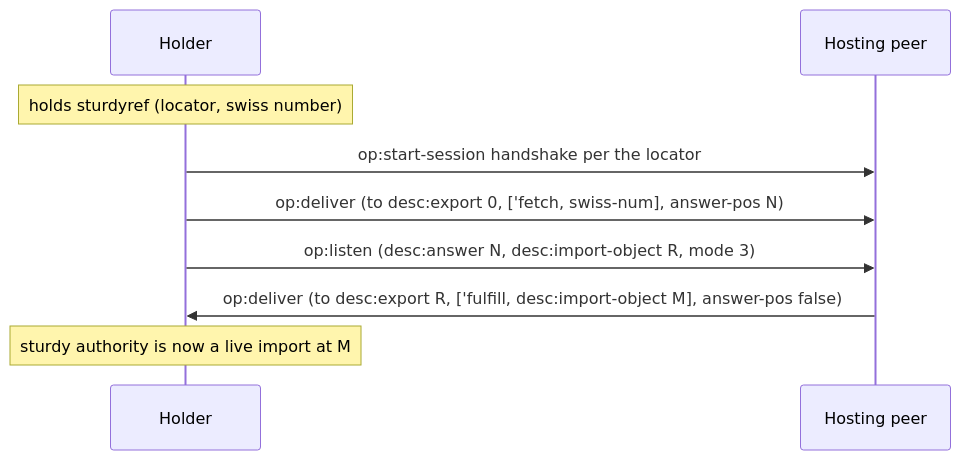
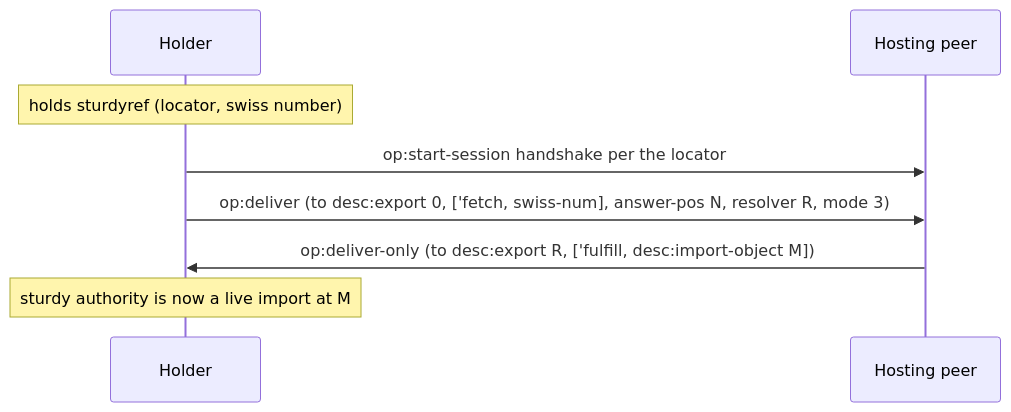
The second of 3 diagrams in docs/protocol-diagrams/07-sturdyrefs-and-locators.md (glowcap-org/glowcap), drawn with Mermaid before and after one commit. The commit also changed other lines of this file and 1023 other files, not shown here.

````diff
--- a/docs/protocol-diagrams/07-sturdyrefs-and-locators.md
+++ b/docs/protocol-diagrams/07-sturdyrefs-and-locators.md
@@ -42,11 +43,10 @@
 ```mermaid
 sequenceDiagram
     participant H as Holder
     participant P as Hosting peer
     Note over H: holds sturdyref (locator, swiss number)
     H->>P: op:start-session handshake per the locator
-    H->>P: op:deliver (to desc:export 0, ['fetch, swiss-num], answer-pos N)
-    H->>P: op:listen (desc:answer N, desc:import-object R, mode 3)
-    P->>H: op:deliver (to desc:export R, ['fulfill, desc:import-object M], answer-pos false)
+    H->>P: op:deliver (to desc:export 0, ['fetch, swiss-num], answer-pos N, resolver R, mode 3)
+    P->>H: op:deliver-only (to desc:export R, ['fulfill, desc:import-object M])
     Note over H: sturdy authority is now a live import at M
 ```
````
